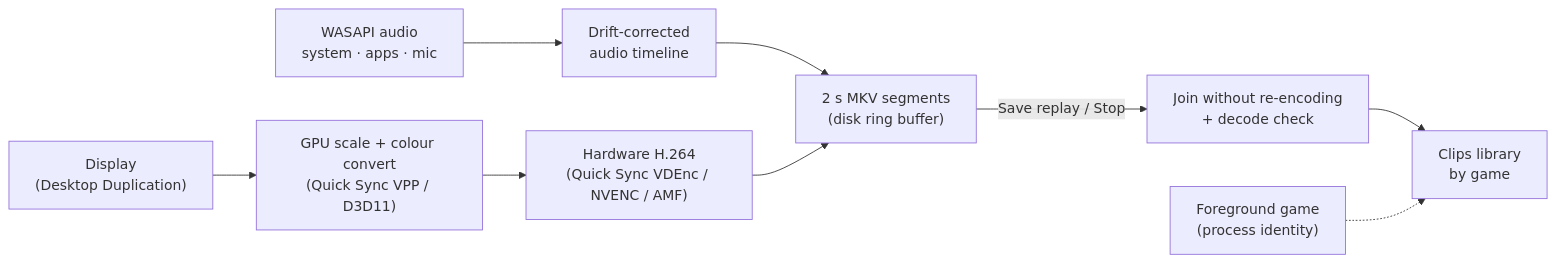
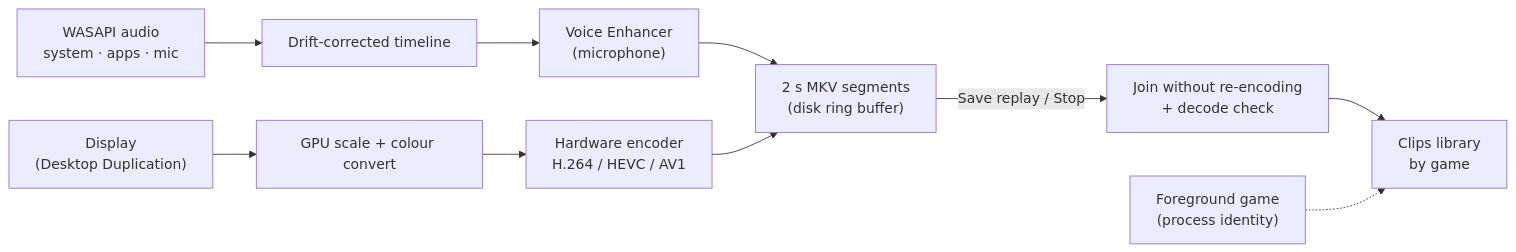
Before and after one commit to PrithviGhale/REPLAYX: the diagram in README.md, drawn with Mermaid. The commit also changed other lines of this file and 28 other files, not shown here.

````diff
--- a/README.md
+++ b/README.md
@@ -99,9 +138,9 @@
 ```mermaid
 flowchart LR
-    D["Display<br/>(Desktop Duplication)"] --> S["GPU scale + colour convert<br/>(Quick Sync VPP / D3D11)"]
-    S --> E["Hardware H.264<br/>(Quick Sync VDEnc / NVENC / AMF)"]
-    A["WASAPI audio<br/>system · apps · mic"] --> T["Drift-corrected<br/>audio timeline"] --> M
+    D["Display<br/>(Desktop Duplication)"] --> S["GPU scale + colour convert"]
+    S --> E["Hardware encoder<br/>H.264 / HEVC / AV1"]
+    A["WASAPI audio<br/>system · apps · mic"] --> T["Drift-corrected timeline"] --> V["Voice Enhancer<br/>(microphone)"] --> M
     E --> M["2 s MKV segments<br/>(disk ring buffer)"]
     M -->|Save replay / Stop| C["Join without re-encoding<br/>+ decode check"] --> L["Clips library<br/>by game"]
     G["Foreground game<br/>(process identity)"] -.-> L
 ```
````
